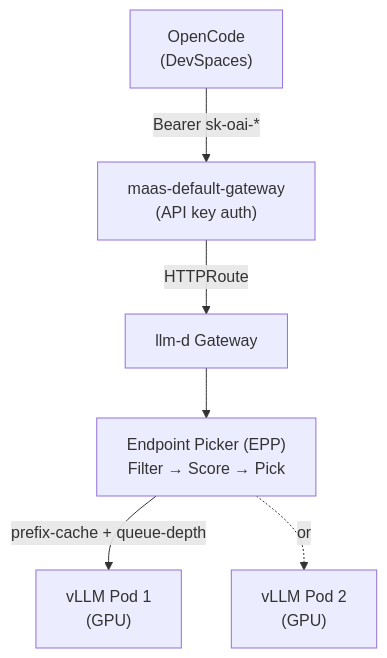
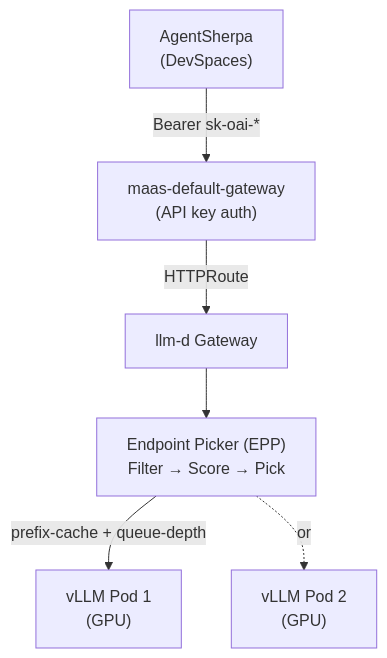
Before and after one commit to rrbanda/mcp-dev-workshop: the first of 2 diagrams in content/modules/ROOT/pages/01-architecture.adoc, drawn with Mermaid. The commit also changed other lines of this file and 15 other files, not shown here.

First line of the commit message:
rename: OpenCode → AgentSherpa across UI, content, and chart

```diff
--- a/content/modules/ROOT/pages/01-architecture.adoc
+++ b/content/modules/ROOT/pages/01-architecture.adoc
@@ -12,16 +12,16 @@
 [mermaid]
 ....
 flowchart TD
-    IDE["OpenCode<br/>(DevSpaces)"]
+    IDE["AgentSherpa<br/>(DevSpaces)"]
     MaaS["maas-default-gateway<br/>(API key auth)"]
     LLMd["llm-d Gateway"]
     EPP["Endpoint Picker (EPP)<br/>Filter → Score → Pick"]
     vLLM1["vLLM Pod 1<br/>(GPU)"]
     vLLM2["vLLM Pod 2<br/>(GPU)"]
 
     IDE -->|"Bearer sk-oai-*"| MaaS
     MaaS -->|"HTTPRoute"| LLMd
     LLMd --> EPP
     EPP -->|"prefix-cache + queue-depth"| vLLM1
     EPP -.->|"or"| vLLM2
 ....
```
